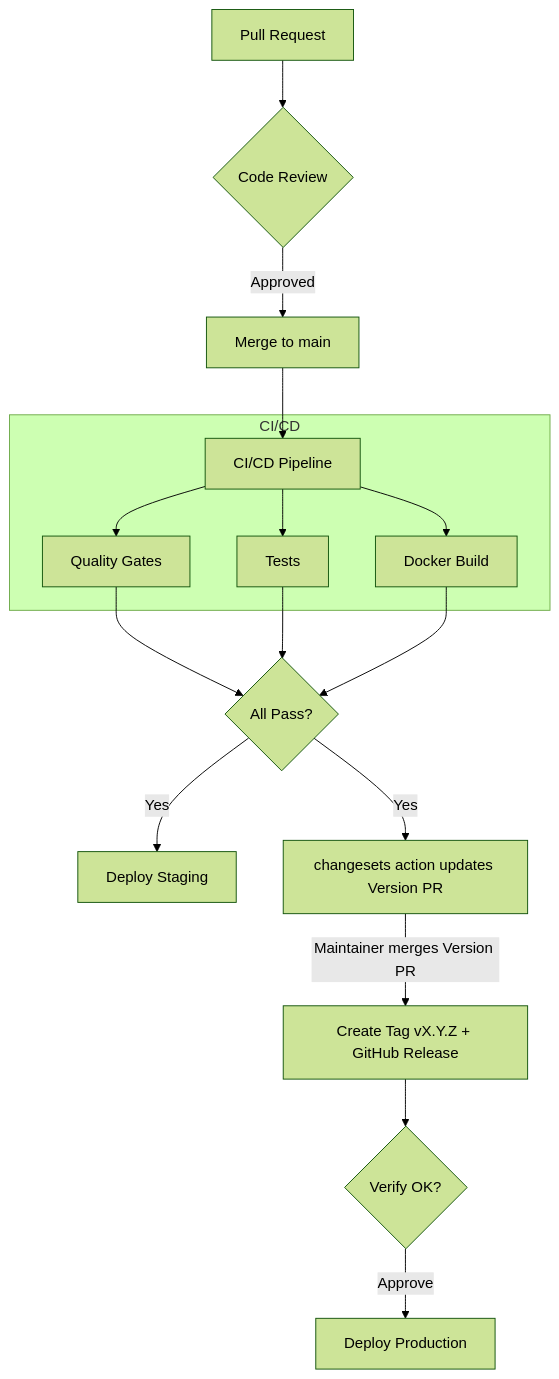
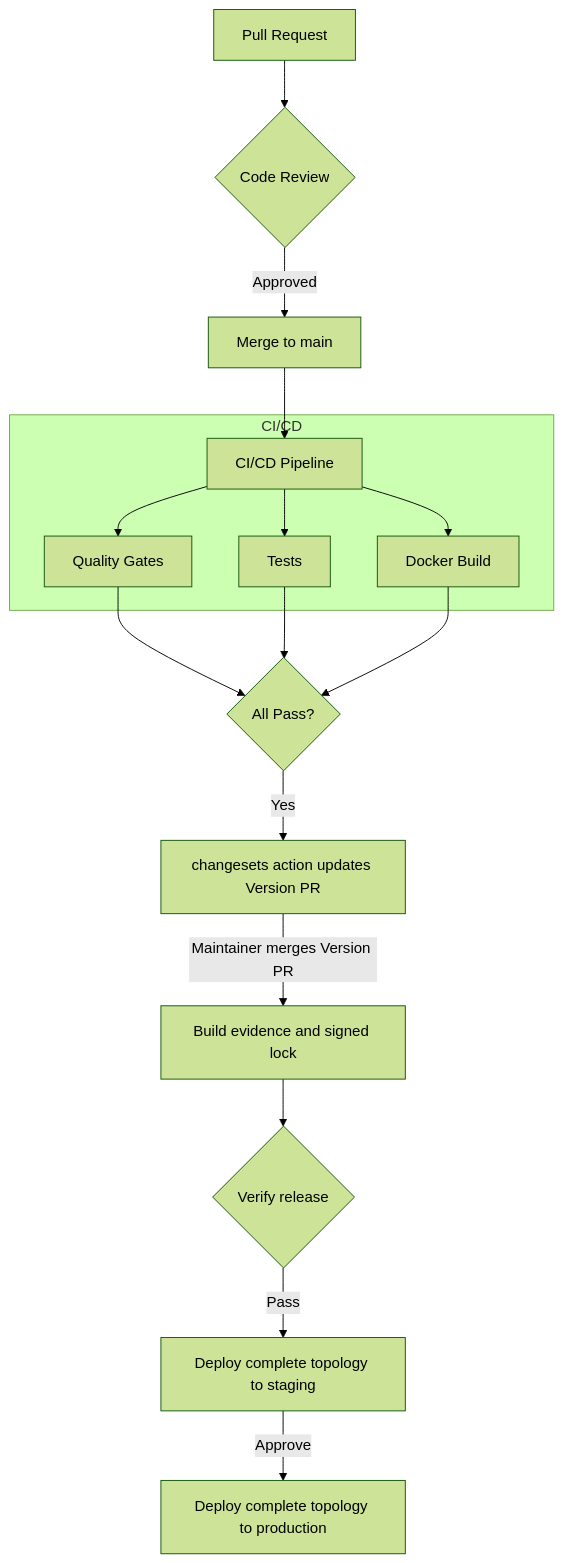
The first of 2 diagrams in docs/contributor/ci-cd.mdx (ls1intum/Hephaestus), drawn with Mermaid (forest theme) before and after one commit. The commit also changed other lines of this file and 47 other files, not shown here.

Commit message:
feat(security): deploy signed release image locks

````diff
--- a/docs/contributor/ci-cd.mdx
+++ b/docs/contributor/ci-cd.mdx
@@ -14,25 +14,24 @@
 ```mermaid
 flowchart TD
     accTitle: Pull request delivery pipeline
-    accDescr: An approved pull request merges to main, runs continuous integration and deployment, builds images, and deploys the application.
+    accDescr: An approved change passes CI, enters a Version PR, and becomes a signed release that deploys to staging before production approval.
     PR[Pull Request] --> Review{Code Review}
     Review -->|Approved| Merge[Merge to main]
     Merge --> CI[CI/CD Pipeline]
 
     subgraph CI/CD
     CI --> Q[Quality Gates]
     CI --> T[Tests]
     CI --> D[Docker Build]
     end
 
     Q --> Pass{All Pass?}
     T --> Pass
     D --> Pass
 
-    Pass -->|Yes| Staging[Deploy Staging]
     Pass -->|Yes| VP[changesets action updates Version PR]
-    VP -->|Maintainer merges Version PR| Tag[Create Tag vX.Y.Z + GitHub Release]
-
-    Tag --> Verify{Verify OK?}
-    Verify -->|Approve| Prod[Deploy Production]
+    VP -->|Maintainer merges Version PR| Release[Build evidence and signed lock]
+    Release --> Verify{Verify release}
+    Verify -->|Pass| Staging[Deploy complete topology to staging]
+    Staging -->|Approve| Prod[Deploy complete topology to production]
 ```
````
